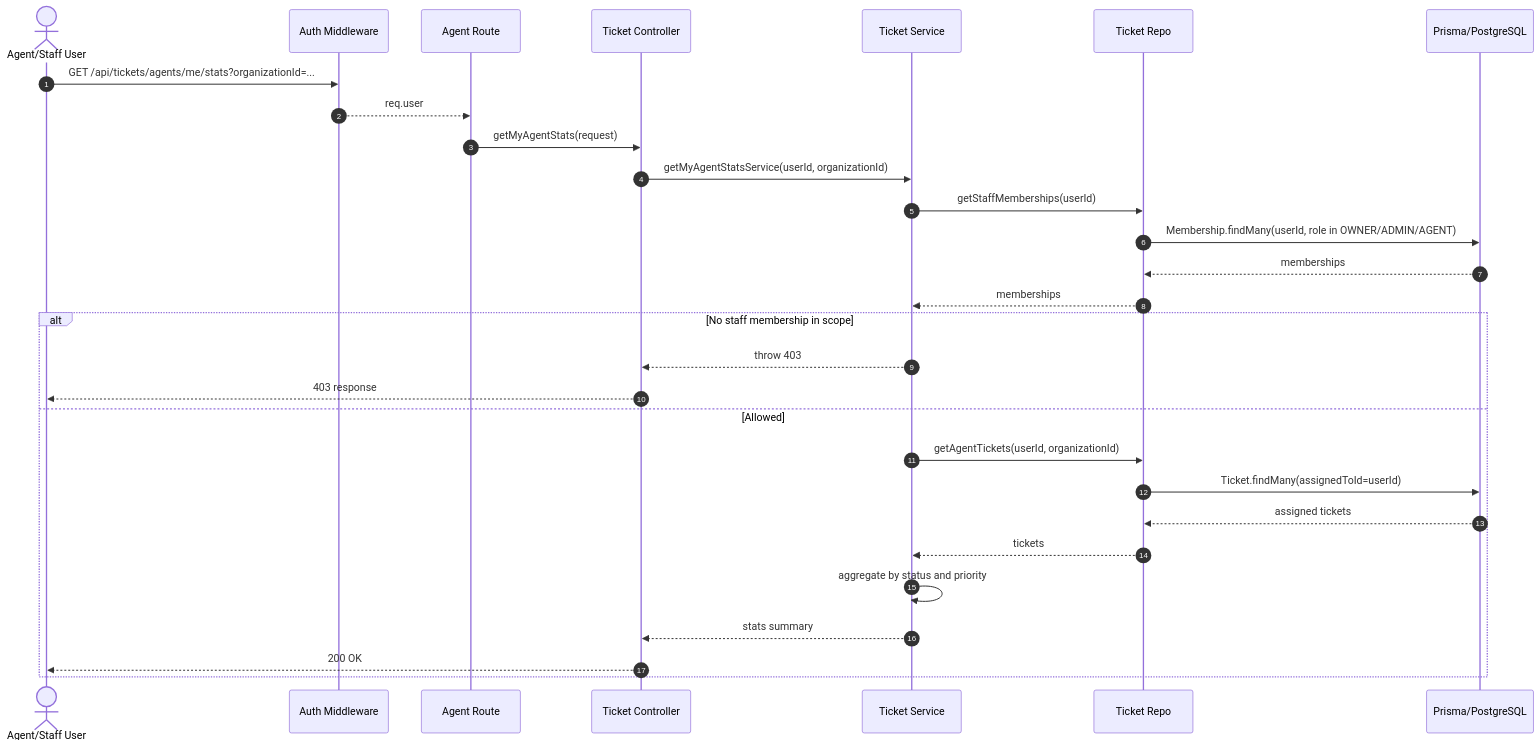
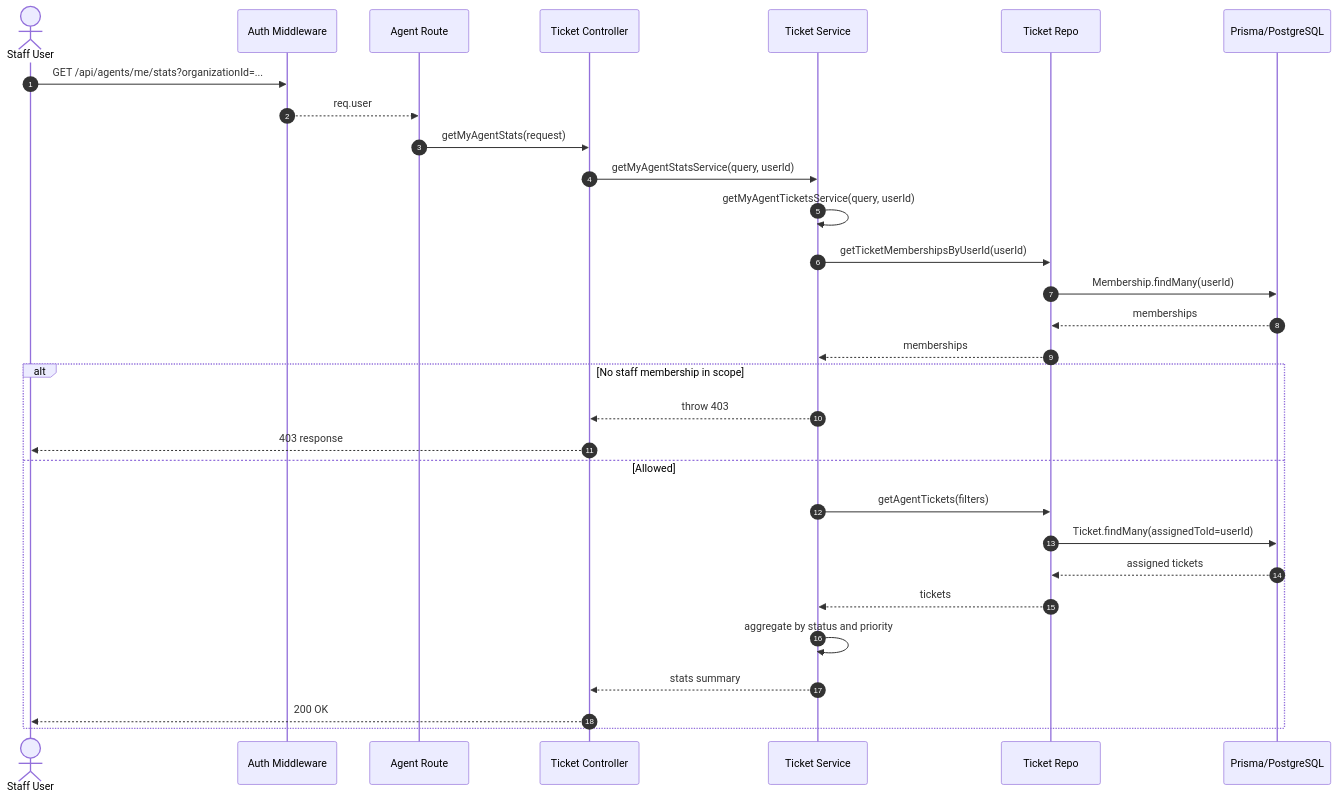
The diagram in docs/uml/20-sequence-agent-stats.mmd (hardik-agarwal18/HelpForge), drawn with Mermaid before and after one commit. The commit also changed 8 other files, not shown here.

Commit message:
feat(uml): update UML diagrams for ticket and agent management with improved naming and logic

```diff
--- a/docs/uml/20-sequence-agent-stats.mmd
+++ b/docs/uml/20-sequence-agent-stats.mmd
@@ -1,33 +1,35 @@
 sequenceDiagram
   autonumber
-  actor A as Agent/Staff User
+  actor A as Staff User
   participant Auth as Auth Middleware
   participant R as Agent Route
   participant C as Ticket Controller
   participant S as Ticket Service
   participant Repo as Ticket Repo
   participant DB as Prisma/PostgreSQL
 
-  A->>Auth: GET /api/tickets/agents/me/stats?organizationId=...
+  A->>Auth: GET /api/agents/me/stats?organizationId=...
   Auth-->>R: req.user
   R->>C: getMyAgentStats(request)
-  C->>S: getMyAgentStatsService(userId, organizationId)
+  C->>S: getMyAgentStatsService(query, userId)
 
-  S->>Repo: getStaffMemberships(userId)
-  Repo->>DB: Membership.findMany(userId, role in OWNER/ADMIN/AGENT)
+  S->>S: getMyAgentTicketsService(query, userId)
+
+  S->>Repo: getTicketMembershipsByUserId(userId)
+  Repo->>DB: Membership.findMany(userId)
   DB-->>Repo: memberships
   Repo-->>S: memberships
 
   alt No staff membership in scope
     S-->>C: throw 403
     C-->>A: 403 response
   else Allowed
-    S->>Repo: getAgentTickets(userId, organizationId)
+    S->>Repo: getAgentTickets(filters)
     Repo->>DB: Ticket.findMany(assignedToId=userId)
     DB-->>Repo: assigned tickets
     Repo-->>S: tickets
 
     S->>S: aggregate by status and priority
     S-->>C: stats summary
     C-->>A: 200 OK
   end
```
